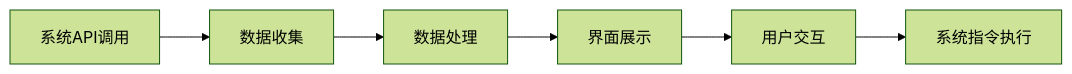
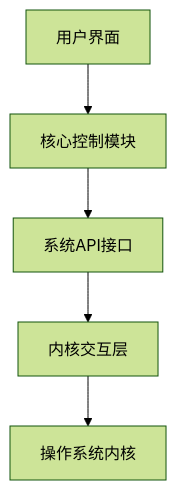
Before and after one commit to wayyoungboy/github-trending-reporter: the third of 7 diagrams in reports/2026/01/2026-01-20.md, drawn with Mermaid (forest theme). The commit also changed other lines of this file and 1 other file, not shown here.

````diff
--- a/reports/2026/01/2026-01-20.md
+++ b/reports/2026/01/2026-01-20.md
@@ -162,8 +158,7 @@
 ```mermaid
-graph LR
-    A[系统API调用] --> B[数据收集]
-    B --> C[数据处理]
-    C --> D[界面展示]
-    D --> E[用户交互]
-    E --> F[系统指令执行]
+graph TD
+    A[用户界面] --> B[核心控制模块]
+    B --> C[系统API接口]
+    C --> D[内核交互层]
+    D --> E[操作系统内核]
 ```
````
